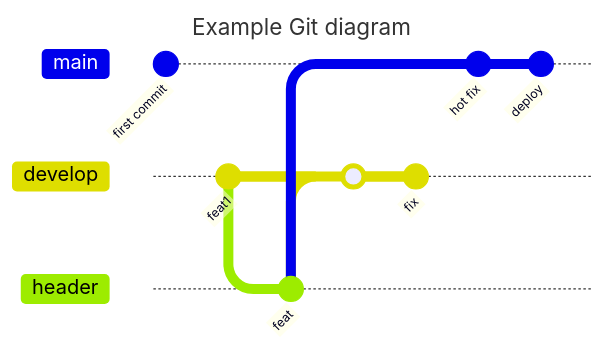
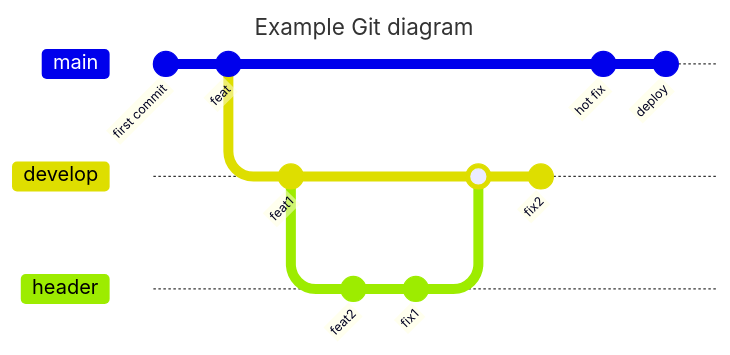
One commit to WadimSh/werstack changed the diagram in README.md. Above: the diagram before and after it, drawn with Mermaid.

````diff
--- a/README.md
+++ b/README.md
@@ -5,22 +5,22 @@
 ```mermaid
 ---
 title: Example Git diagram
 ---
 gitGraph
    commit id: "first commit"
    commit id: "feat"
    branch develop
    checkout develop
    commit id: "feat1"
    branch header
    checkout header
-   commit id: "feat"
-   commit id: "fix"
+   commit id: "feat2"
+   commit id: "fix1"
    checkout develop
    merge header
-   commit id: "fix"
+   commit id: "fix2"
    checkout main
    commit id: "hot fix"
    commit id: "deploy"
      
 ```
````
